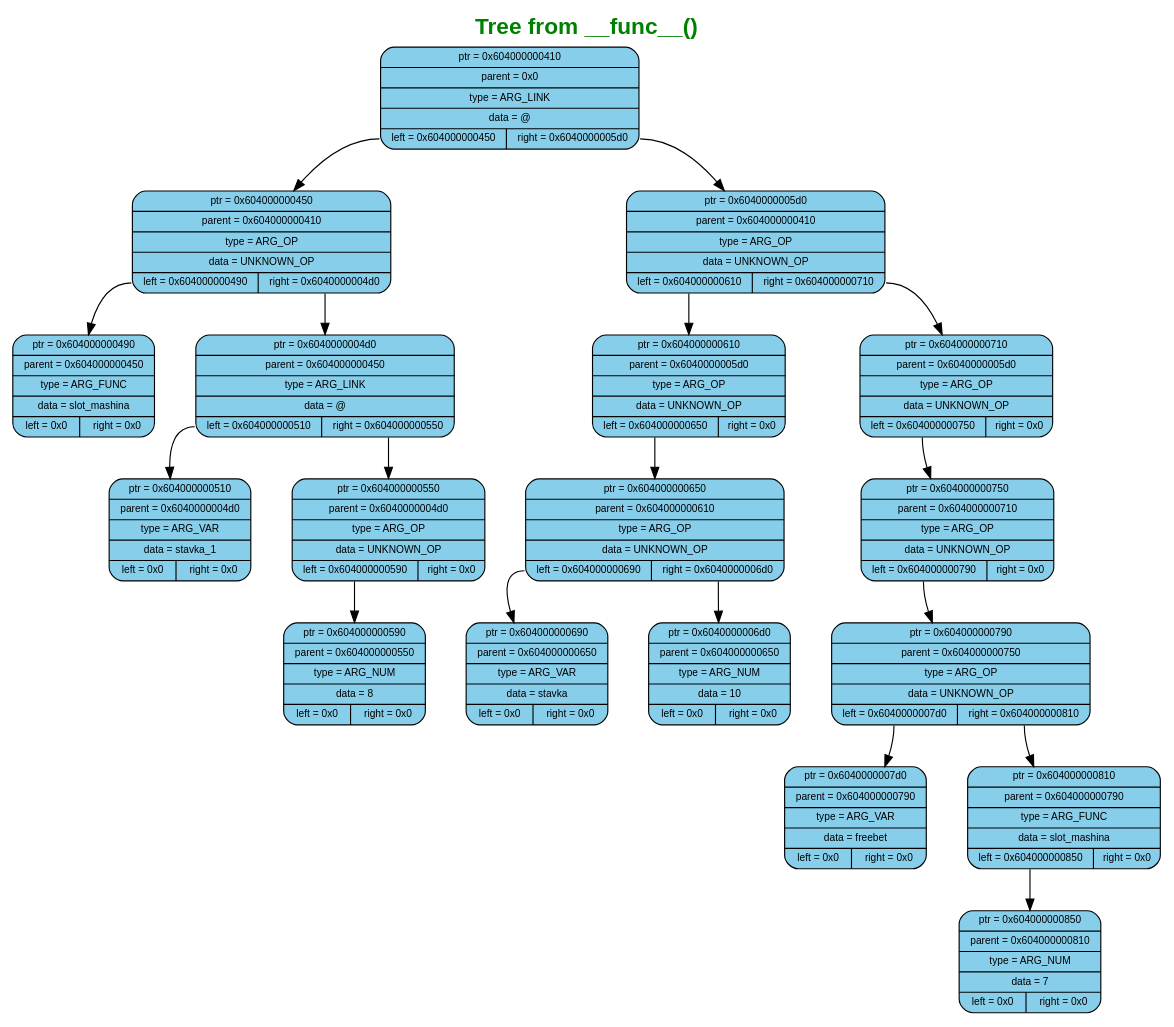
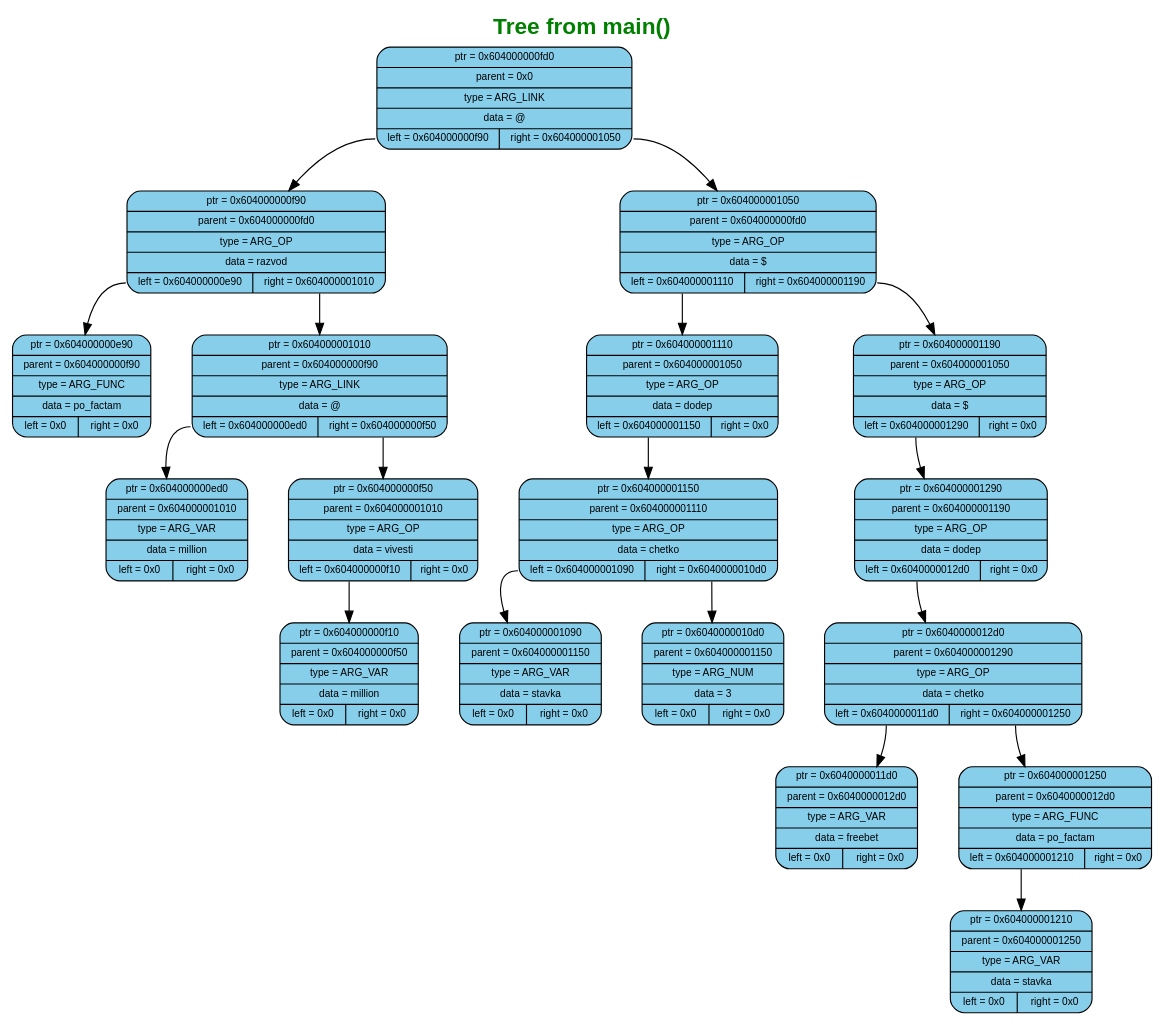
Before and after one commit to murugov/Language: the diagram in reports/trees/tree0/tree.dot, drawn with Graphviz. The commit also changed 55 other files, not shown here.

```diff
--- a/reports/trees/tree0/tree.dot
+++ b/reports/trees/tree0/tree.dot
@@ -1,49 +1,49 @@
 digraph G {
-	label=<<B>Tree from __func__()</B>>;
+	label=<<B>Tree from main()</B>>;
 	fontcolor="#008000";
 	fontname="Arial";
 	labelloc="top";
 	labeljust="center";
 	fontsize=20;
 	rankdir=TB;
 	center=true;
 	nodesep=0.5;
 	ranksep=0.5;
 	node[fontsize=9, shape=box, width=0.7, height=0.4, style="filled, rounded", fontname="Arial"];
 
-	n0 [shape=record, label="{ptr = 0x604000000410 | parent = 0x0 | type = ARG_LINK | data = @ | {<left> left = 0x604000000450 | <right> right = 0x6040000005d0}}", fillcolor="#87CEEB", color="black"]
-	n1 [shape=record, label="{ptr = 0x604000000450 | parent = 0x604000000410 | type = ARG_OP | data = UNKNOWN_OP | {<left> left = 0x604000000490 | <right> right = 0x6040000004d0}}", fillcolor="#87CEEB", color="black"]
+	n0 [shape=record, label="{ptr = 0x604000000fd0 | parent = 0x0 | type = ARG_LINK | data = @ | {<left> left = 0x604000000f90 | <right> right = 0x604000001050}}", fillcolor="#87CEEB", color="black"]
+	n1 [shape=record, label="{ptr = 0x604000000f90 | parent = 0x604000000fd0 | type = ARG_OP | data = razvod | {<left> left = 0x604000000e90 | <right> right = 0x604000001010}}", fillcolor="#87CEEB", color="black"]
 	n0:left -> n1
-	n2 [shape=record, label="{ptr = 0x6040000005d0 | parent = 0x604000000410 | type = ARG_OP | data = UNKNOWN_OP | {<left> left = 0x604000000610 | <right> right = 0x604000000710}}", fillcolor="#87CEEB", color="black"]
+	n2 [shape=record, label="{ptr = 0x604000001050 | parent = 0x604000000fd0 | type = ARG_OP | data = $ | {<left> left = 0x604000001110 | <right> right = 0x604000001190}}", fillcolor="#87CEEB", color="black"]
 	n0:right -> n2
-	n3 [shape=record, label="{ptr = 0x604000000610 | parent = 0x6040000005d0 | type = ARG_OP | data = UNKNOWN_OP | {<left> left = 0x604000000650 | <right> right = 0x0}}", fillcolor="#87CEEB", color="black"]
+	n3 [shape=record, label="{ptr = 0x604000001110 | parent = 0x604000001050 | type = ARG_OP | data = dodep | {<left> left = 0x604000001150 | <right> right = 0x0}}", fillcolor="#87CEEB", color="black"]
 	n2:left -> n3
-	n4 [shape=record, label="{ptr = 0x604000000710 | parent = 0x6040000005d0 | type = ARG_OP | data = UNKNOWN_OP | {<left> left = 0x604000000750 | <right> right = 0x0}}", fillcolor="#87CEEB", color="black"]
+	n4 [shape=record, label="{ptr = 0x604000001190 | parent = 0x604000001050 | type = ARG_OP | data = $ | {<left> left = 0x604000001290 | <right> right = 0x0}}", fillcolor="#87CEEB", color="black"]
 	n2:right -> n4
-	n5 [shape=record, label="{ptr = 0x604000000750 | parent = 0x604000000710 | type = ARG_OP | data = UNKNOWN_OP | {<left> left = 0x604000000790 | <right> right = 0x0}}", fillcolor="#87CEEB", color="black"]
+	n5 [shape=record, label="{ptr = 0x604000001290 | parent = 0x604000001190 | type = ARG_OP | data = dodep | {<left> left = 0x6040000012d0 | <right> right = 0x0}}", fillcolor="#87CEEB", color="black"]
 	n4:left -> n5
-	n6 [shape=record, label="{ptr = 0x604000000790 | parent = 0x604000000750 | type = ARG_OP | data = UNKNOWN_OP | {<left> left = 0x6040000007d0 | <right> right = 0x604000000810}}", fillcolor="#87CEEB", color="black"]
+	n6 [shape=record, label="{ptr = 0x6040000012d0 | parent = 0x604000001290 | type = ARG_OP | data = chetko | {<left> left = 0x6040000011d0 | <right> right = 0x604000001250}}", fillcolor="#87CEEB", color="black"]
 	n5:left -> n6
-	n7 [shape=record, label="{ptr = 0x6040000007d0 | parent = 0x604000000790 | type = ARG_VAR | data = freebet | {<left> left = 0x0 | <right> right = 0x0}}", fillcolor="#87CEEB", color="black"]
+	n7 [shape=record, label="{ptr = 0x6040000011d0 | parent = 0x6040000012d0 | type = ARG_VAR | data = freebet | {<left> left = 0x0 | <right> right = 0x0}}", fillcolor="#87CEEB", color="black"]
 	n6:left -> n7
-	n8 [shape=record, label="{ptr = 0x604000000810 | parent = 0x604000000790 | type = ARG_FUNC | data = slot_mashina | {<left> left = 0x604000000850 | <right> right = 0x0}}", fillcolor="#87CEEB", color="black"]
+	n8 [shape=record, label="{ptr = 0x604000001250 | parent = 0x6040000012d0 | type = ARG_FUNC | data = po_factam | {<left> left = 0x604000001210 | <right> right = 0x0}}", fillcolor="#87CEEB", color="black"]
 	n6:right -> n8
-	n9 [shape=record, label="{ptr = 0x604000000850 | parent = 0x604000000810 | type = ARG_NUM | data = 7 | {<left> left = 0x0 | <right> right = 0x0}}", fillcolor="#87CEEB", color="black"]
+	n9 [shape=record, label="{ptr = 0x604000001210 | parent = 0x604000001250 | type = ARG_VAR | data = stavka | {<left> left = 0x0 | <right> right = 0x0}}", fillcolor="#87CEEB", color="black"]
 	n8:left -> n9
-	n10 [shape=record, label="{ptr = 0x604000000650 | parent = 0x604000000610 | type = ARG_OP | data = UNKNOWN_OP | {<left> left = 0x604000000690 | <right> right = 0x6040000006d0}}", fillcolor="#87CEEB", color="black"]
+	n10 [shape=record, label="{ptr = 0x604000001150 | parent = 0x604000001110 | type = ARG_OP | data = chetko | {<left> left = 0x604000001090 | <right> right = 0x6040000010d0}}", fillcolor="#87CEEB", color="black"]
 	n3:left -> n10
-	n11 [shape=record, label="{ptr = 0x604000000690 | parent = 0x604000000650 | type = ARG_VAR | data = stavka | {<left> left = 0x0 | <right> right = 0x0}}", fillcolor="#87CEEB", color="black"]
+	n11 [shape=record, label="{ptr = 0x604000001090 | parent = 0x604000001150 | type = ARG_VAR | data = stavka | {<left> left = 0x0 | <right> right = 0x0}}", fillcolor="#87CEEB", color="black"]
 	n10:left -> n11
-	n12 [shape=record, label="{ptr = 0x6040000006d0 | parent = 0x604000000650 | type = ARG_NUM | data = 10 | {<left> left = 0x0 | <right> right = 0x0}}", fillcolor="#87CEEB", color="black"]
+	n12 [shape=record, label="{ptr = 0x6040000010d0 | parent = 0x604000001150 | type = ARG_NUM | data = 3 | {<left> left = 0x0 | <right> right = 0x0}}", fillcolor="#87CEEB", color="black"]
 	n10:right -> n12
-	n13 [shape=record, label="{ptr = 0x604000000490 | parent = 0x604000000450 | type = ARG_FUNC | data = slot_mashina | {<left> left = 0x0 | <right> right = 0x0}}", fillcolor="#87CEEB", color="black"]
+	n13 [shape=record, label="{ptr = 0x604000000e90 | parent = 0x604000000f90 | type = ARG_FUNC | data = po_factam | {<left> left = 0x0 | <right> right = 0x0}}", fillcolor="#87CEEB", color="black"]
 	n1:left -> n13
-	n14 [shape=record, label="{ptr = 0x6040000004d0 | parent = 0x604000000450 | type = ARG_LINK | data = @ | {<left> left = 0x604000000510 | <right> right = 0x604000000550}}", fillcolor="#87CEEB", color="black"]
+	n14 [shape=record, label="{ptr = 0x604000001010 | parent = 0x604000000f90 | type = ARG_LINK | data = @ | {<left> left = 0x604000000ed0 | <right> right = 0x604000000f50}}", fillcolor="#87CEEB", color="black"]
 	n1:right -> n14
-	n15 [shape=record, label="{ptr = 0x604000000510 | parent = 0x6040000004d0 | type = ARG_VAR | data = stavka_1 | {<left> left = 0x0 | <right> right = 0x0}}", fillcolor="#87CEEB", color="black"]
+	n15 [shape=record, label="{ptr = 0x604000000ed0 | parent = 0x604000001010 | type = ARG_VAR | data = million | {<left> left = 0x0 | <right> right = 0x0}}", fillcolor="#87CEEB", color="black"]
 	n14:left -> n15
-	n16 [shape=record, label="{ptr = 0x604000000550 | parent = 0x6040000004d0 | type = ARG_OP | data = UNKNOWN_OP | {<left> left = 0x604000000590 | <right> right = 0x0}}", fillcolor="#87CEEB", color="black"]
+	n16 [shape=record, label="{ptr = 0x604000000f50 | parent = 0x604000001010 | type = ARG_OP | data = vivesti | {<left> left = 0x604000000f10 | <right> right = 0x0}}", fillcolor="#87CEEB", color="black"]
 	n14:right -> n16
-	n17 [shape=record, label="{ptr = 0x604000000590 | parent = 0x604000000550 | type = ARG_NUM | data = 8 | {<left> left = 0x0 | <right> right = 0x0}}", fillcolor="#87CEEB", color="black"]
+	n17 [shape=record, label="{ptr = 0x604000000f10 | parent = 0x604000000f50 | type = ARG_VAR | data = million | {<left> left = 0x0 | <right> right = 0x0}}", fillcolor="#87CEEB", color="black"]
 	n16:left -> n17
 }
```
